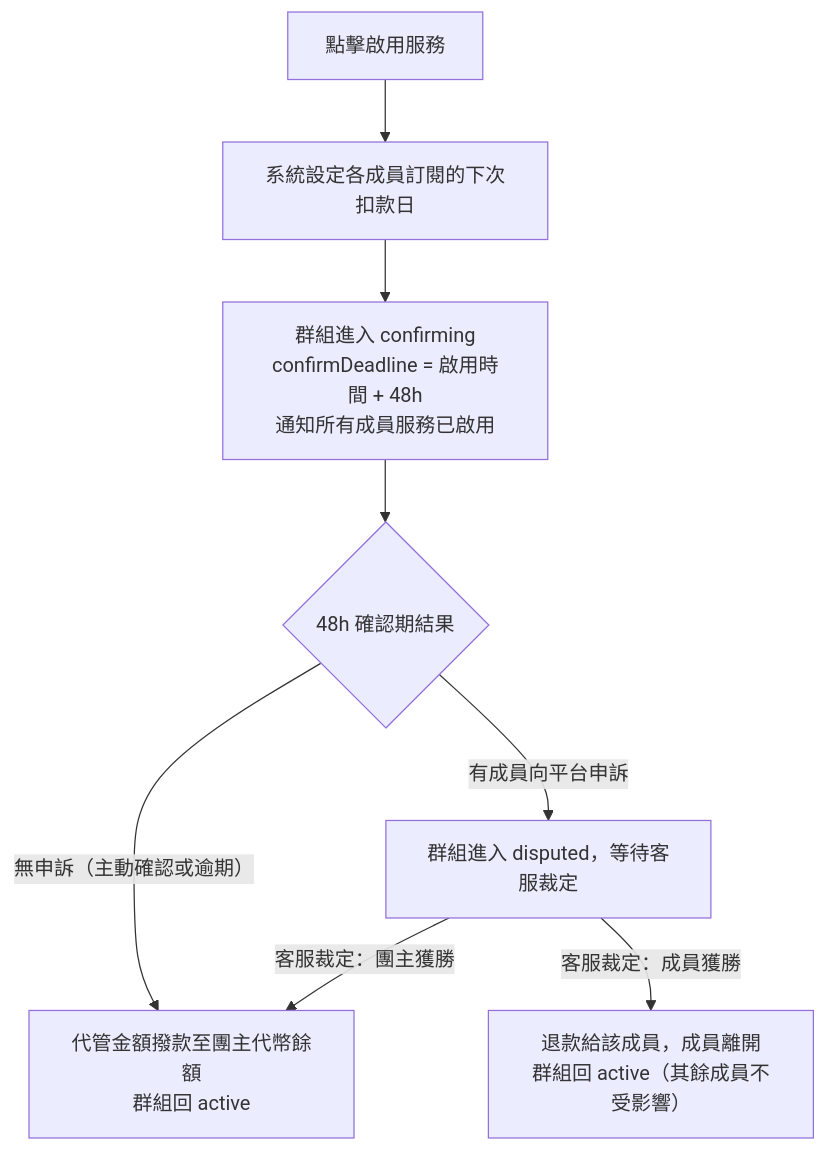
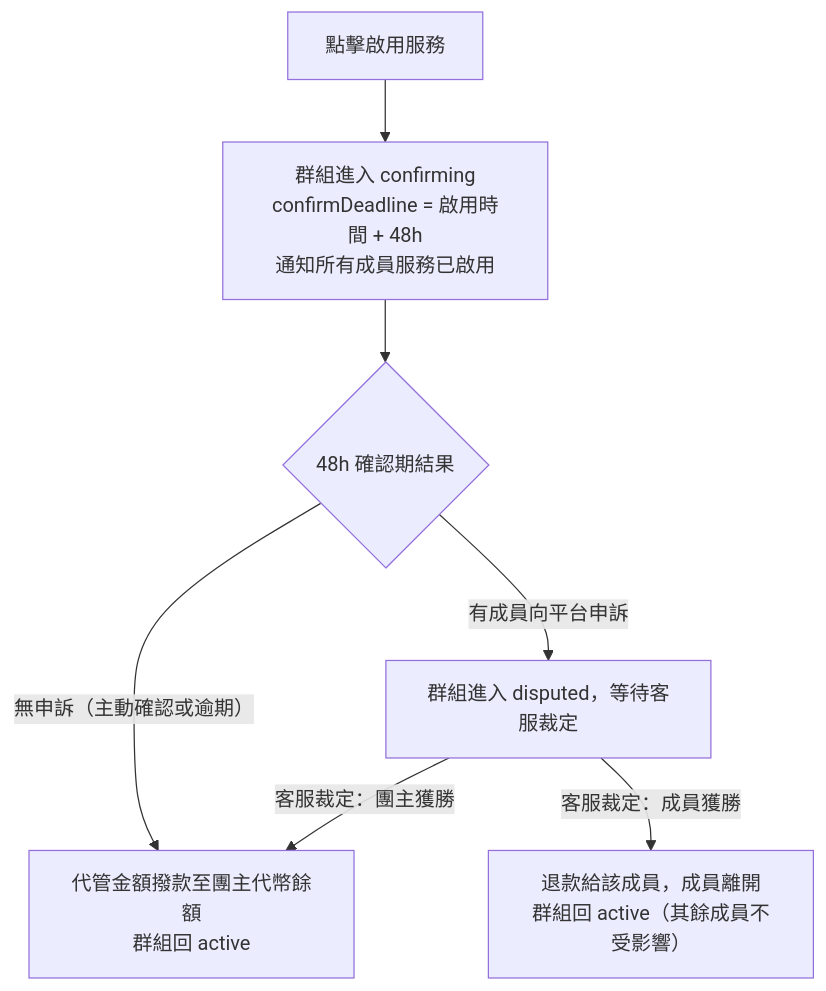
One commit to s1092055/PartyMatch changed the tenth of 14 diagrams in docs/user-flows.md. Above: the diagram before and after it, drawn with Mermaid. The commit also changed other lines of this file and 1 other file, not shown here.

````diff
--- a/docs/user-flows.md
+++ b/docs/user-flows.md
@@ -148,10 +148,9 @@
 ```mermaid
 flowchart TD
-  A[點擊啟用服務] --> B[系統設定各成員訂閱的下次扣款日]
-  B --> C[群組進入 confirming\nconfirmDeadline = 啟用時間 + 48h\n通知所有成員服務已啟用]
+  A[點擊啟用服務] --> C[群組進入 confirming\nconfirmDeadline = 啟用時間 + 48h\n通知所有成員服務已啟用]
   C --> D{48h 確認期結果}
   D -->|無申訴（主動確認或逾期）| E[代管金額撥款至團主代幣餘額\n群組回 active]
   D -->|有成員向平台申訴| F[群組進入 disputed，等待客服裁定]
   F -->|客服裁定：團主獲勝| E
   F -->|客服裁定：成員獲勝| G[退款給該成員，成員離開\n群組回 active（其餘成員不受影響）]
 ```
````
